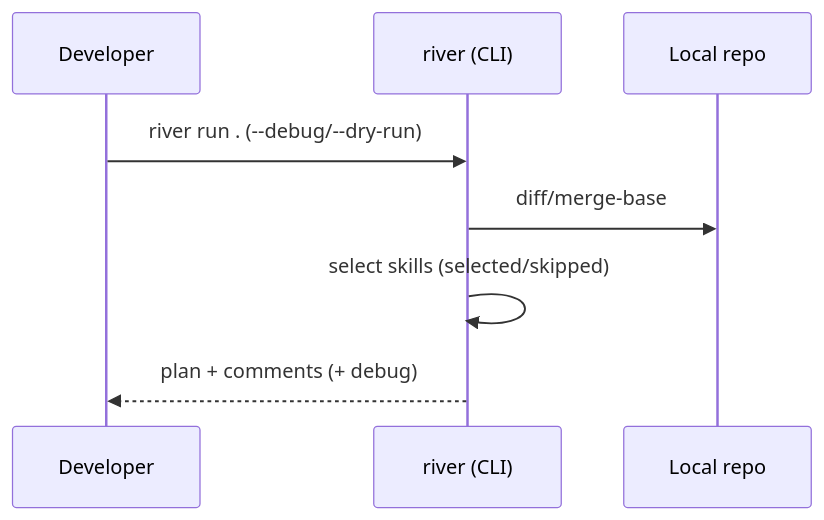
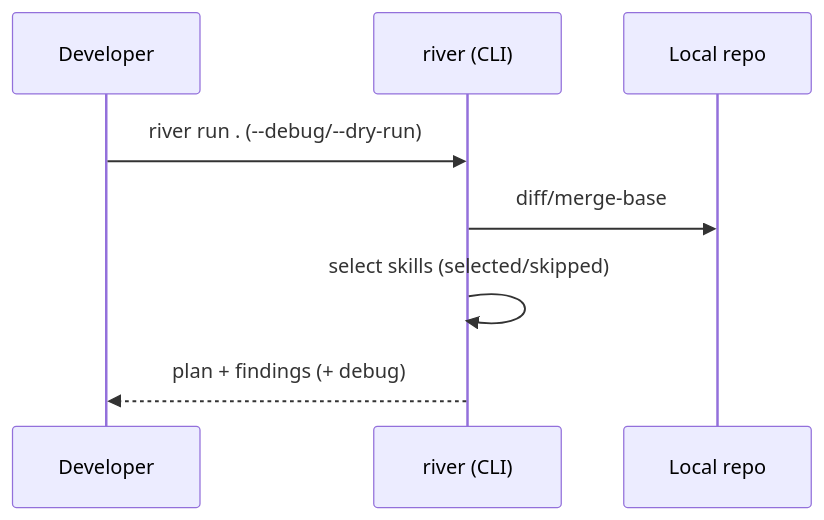
The third of 3 diagrams in pages/explanation/river-architecture.en.md (s977043/river-reviewer), drawn with Mermaid before and after one commit. The commit also changed other lines of this file and 16 other files, not shown here.

````diff
--- a/pages/explanation/river-architecture.en.md
+++ b/pages/explanation/river-architecture.en.md
@@ -52,11 +52,11 @@
 ```mermaid
 sequenceDiagram
   participant Dev as Developer
   participant River as river (CLI)
   participant Repo as Local repo
 
   Dev->>River: river run . (--debug/--dry-run)
   River->>Repo: diff/merge-base
   River->>River: select skills (selected/skipped)
-  River-->>Dev: plan + comments (+ debug)
+  River-->>Dev: plan + findings (+ debug)
 ```
````
